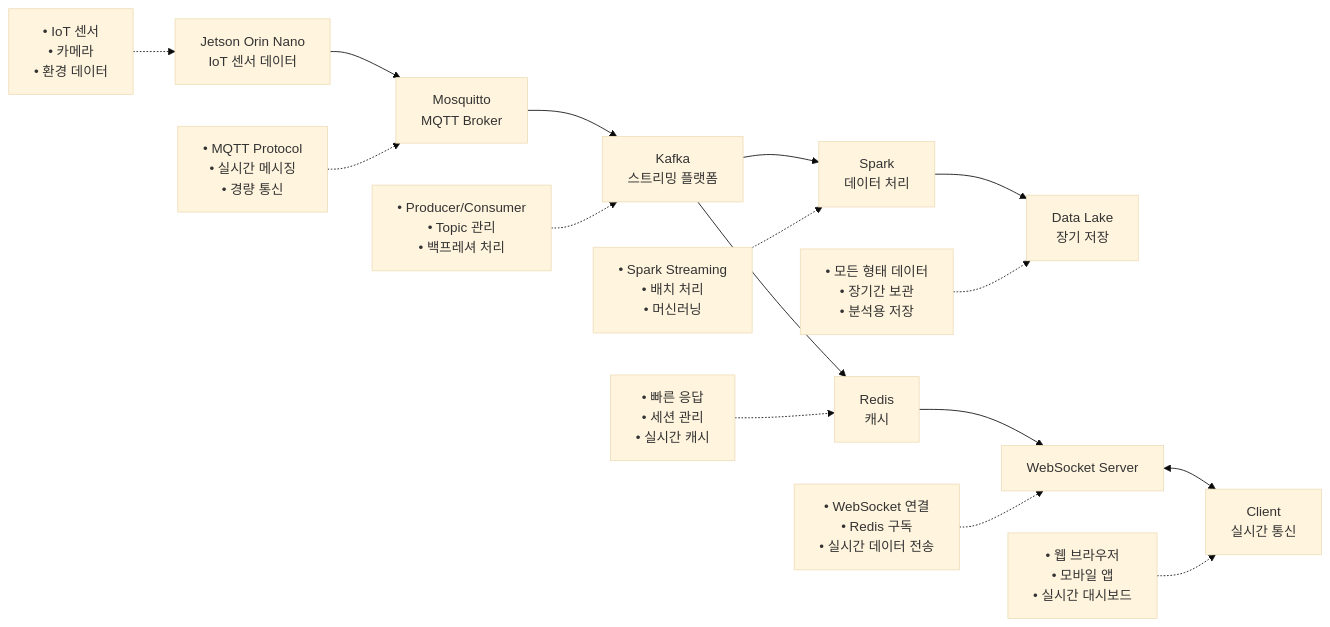
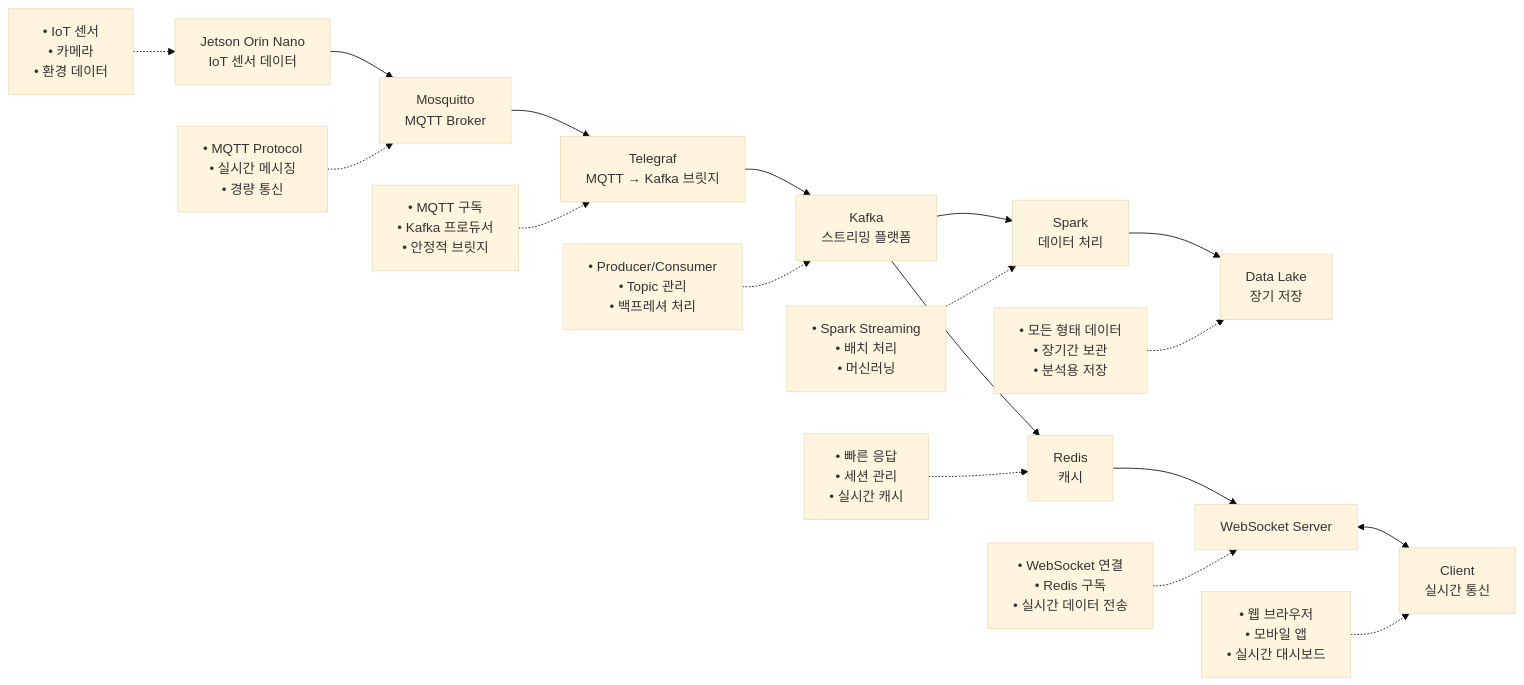
Before and after one commit to minjcho/mqttServer: the diagram in README.md, drawn with Mermaid (base theme). The commit also changed other lines of this file and 22 other files, not shown here.

````diff
--- a/README.md
+++ b/README.md
@@ -3,19 +3,21 @@
 ```mermaid
 graph LR
     A[Jetson Orin Nano<br/>IoT 센서 데이터] --> B[Mosquitto<br/>MQTT Broker]
-    B --> C[Kafka<br/>스트리밍 플랫폼]
+    B --> T[Telegraf<br/>MQTT → Kafka 브릿지]
+    T --> C[Kafka<br/>스트리밍 플랫폼]
     C --> E[Redis<br/>캐시]
     C --> D[Spark<br/>데이터 처리]
     D --> F[Data Lake<br/>장기 저장]
     E --> G[WebSocket Server]
     G <--> H[Client<br/>실시간 통신]
     
     A1[• IoT 센서<br/>• 카메라<br/>• 환경 데이터] -.-> A
     B1[• MQTT Protocol<br/>• 실시간 메시징<br/>• 경량 통신] -.-> B
+    T1[• MQTT 구독<br/>• Kafka 프로듀서<br/>• 안정적 브릿지] -.-> T
     C1[• Producer/Consumer<br/>• Topic 관리<br/>• 백프레셔 처리] -.-> C
     D1[• Spark Streaming<br/>• 배치 처리<br/>• 머신러닝] -.-> D
     E1[• 빠른 응답<br/>• 세션 관리<br/>• 실시간 캐시] -.-> E
     F1[• 모든 형태 데이터<br/>• 장기간 보관<br/>• 분석용 저장] -.-> F
     G1[• WebSocket 연결<br/>• Redis 구독<br/>• 실시간 데이터 전송] -.-> G
     H1[• 웹 브라우저<br/>• 모바일 앱<br/>• 실시간 대시보드] -.-> H
 ```
````
